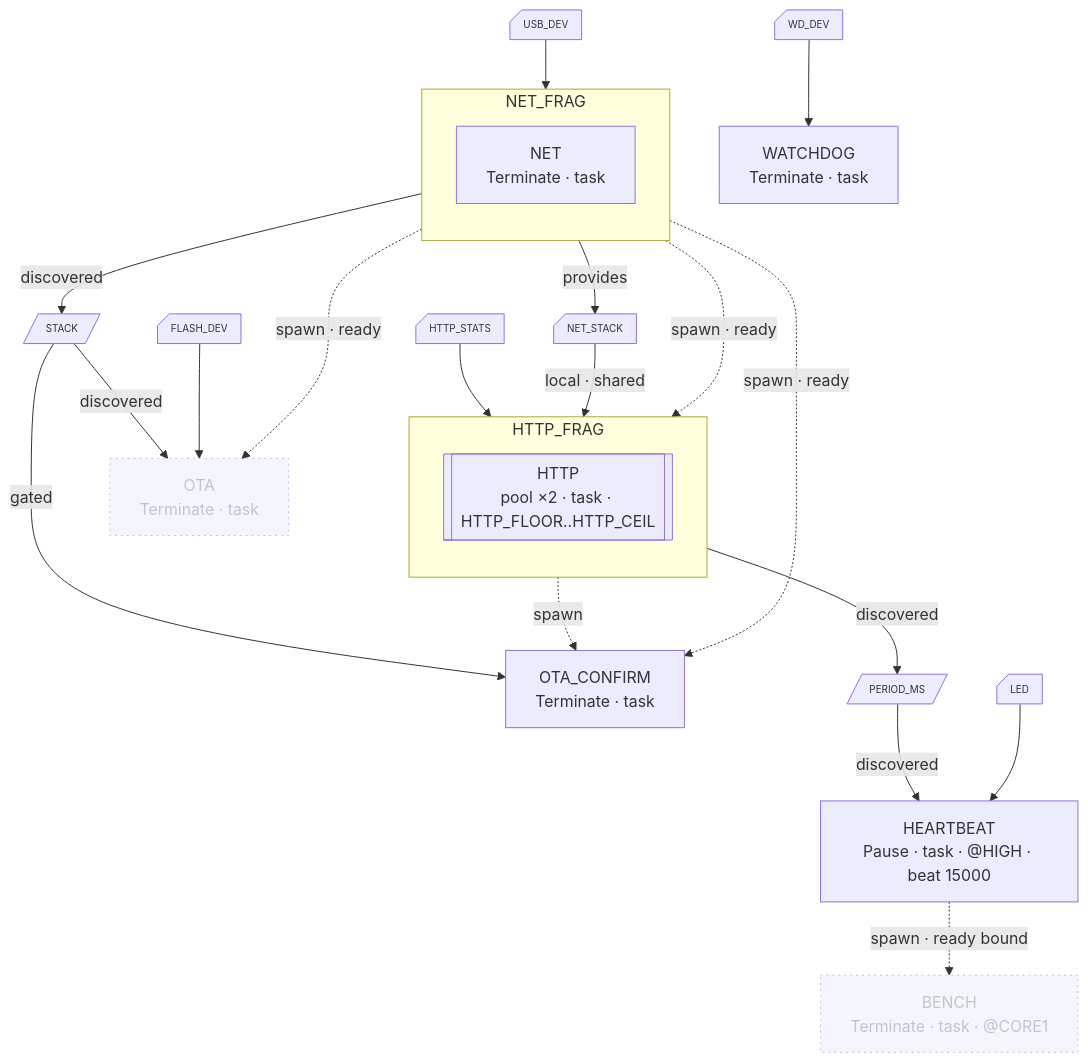
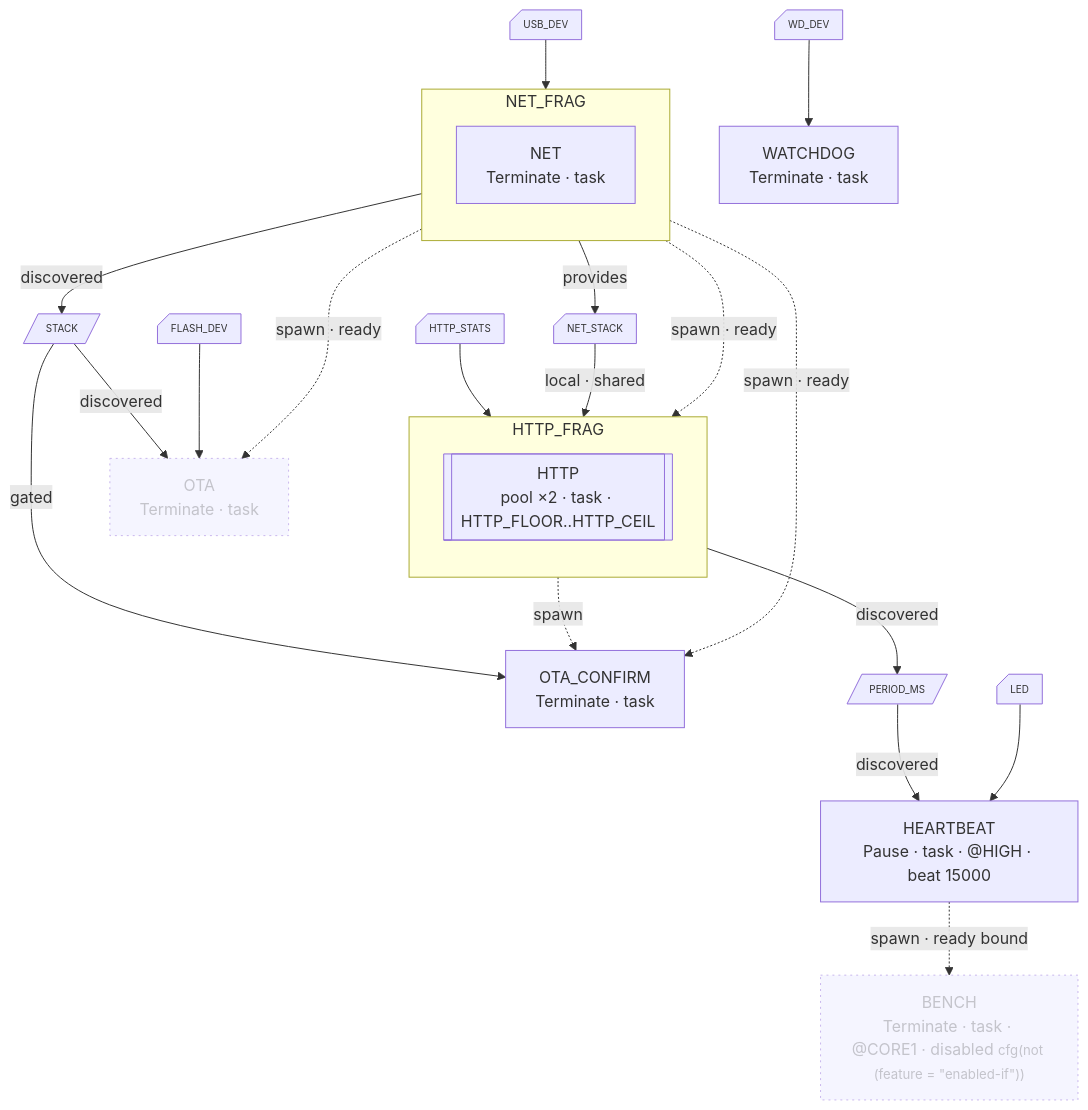
One commit to cedrivard/embassy-supervisor changed the diagram in firmware/README.md. Above: the diagram before and after it, drawn with Mermaid. The commit also changed other lines of this file and 54 other files, not shown here.

First line of the commit message:
embassy-supervisor 0.12.0

````diff
--- a/firmware/README.md
+++ b/firmware/README.md
@@ -20,55 +20,55 @@
 ```mermaid
-%% runtime coupling — compose_graph!  (/home/cedric/DEV/embassy-supervisor/firmware/src/main.rs:19)
+%% runtime coupling — compose_graph!  (firmware/src/main.rs:23)
 flowchart TD
-  accDescr: supervisor task graph declared at firmware/src/main.rs:19
+  accDescr: supervisor task graph declared at firmware/src/main.rs:23
   subgraph f_NET_FRAG["NET_FRAG"]
     direction TD
     n_NET["NET<br/>Terminate · task"]
   end
   subgraph f_HTTP_FRAG["HTTP_FRAG"]
     direction TD
     n_HTTP[["HTTP<br/>pool ×2 · task · HTTP_FLOOR..HTTP_CEIL"]]
   end
   n_WATCHDOG["WATCHDOG<br/>Terminate · task"]
   n_HEARTBEAT["HEARTBEAT<br/>Pause · task · @HIGH · beat 15000"]
   n_OTA["OTA<br/>Terminate · task"]
-  n_BENCH["BENCH<br/>Terminate · task · @CORE1"]
+  n_BENCH["BENCH<br/>Terminate · task · @CORE1 · disabled <small>cfg(not (feature = #quot;enabled-if#quot;))</small>"]
   n_OTA_CONFIRM["OTA_CONFIRM<br/>Terminate · task"]
 
   n_NET -. "spawn · ready" .-> n_HTTP
   n_NET -. "spawn · ready" .-> n_OTA
   n_HEARTBEAT -. "spawn · ready bound" .-> n_BENCH
   n_HTTP -. "spawn" .-> n_OTA_CONFIRM
   n_NET -. "spawn · ready" .-> n_OTA_CONFIRM
 
   s_crate__net__STACK[/"STACK"/]
   n_NET -- "discovered" --> s_crate__net__STACK
   s_heartbeat__PERIOD_MS[/"PERIOD_MS"/]
   n_HTTP -- "discovered" --> s_heartbeat__PERIOD_MS
   s_crate__net__STACK -- "discovered" --> n_OTA
   s_crate__net__STACK -- "gated" --> n_OTA_CONFIRM
   s_heartbeat__PERIOD_MS -- "discovered" --> n_HEARTBEAT
   class s_crate__net__STACK,s_heartbeat__PERIOD_MS signal;
 
   r_USB_DEV@{ shape: notch-rect, label: "USB_DEV" }
   r_HTTP_STATS@{ shape: notch-rect, label: "HTTP_STATS" }
   r_NET_STACK@{ shape: notch-rect, label: "NET_STACK" }
   r_WD_DEV@{ shape: notch-rect, label: "WD_DEV" }
   r_LED@{ shape: notch-rect, label: "LED" }
   r_FLASH_DEV@{ shape: notch-rect, label: "FLASH_DEV" }
   r_USB_DEV --> n_NET
   r_HTTP_STATS --> n_HTTP
   r_NET_STACK -- "local · shared" --> n_HTTP
   r_WD_DEV --> n_WATCHDOG
   r_LED --> n_HEARTBEAT
   r_FLASH_DEV --> n_OTA
   n_NET -- "provides" --> r_NET_STACK
   class r_USB_DEV,r_HTTP_STATS,r_NET_STACK,r_WD_DEV,r_LED,r_FLASH_DEV resource;
 
   class n_OTA,n_BENCH disabled;
   classDef parked stroke-dasharray:4 3;
   classDef disabled stroke-dasharray:2 4,opacity:0.5;
   classDef external stroke-dasharray:3 3,opacity:0.7;
   classDef signal stroke-width:1px,font-size:10px;
   classDef resource stroke-width:1px,stroke-dasharray:0,font-size:10px;
 ```
````
